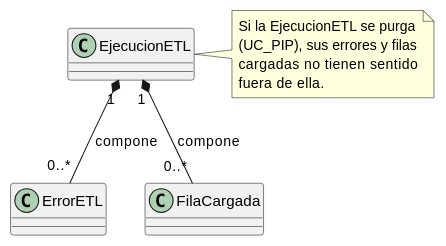
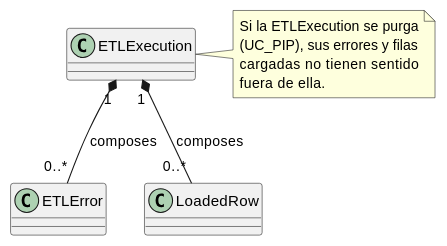
The second of 2 diagrams in source/requisitos/_metodologia-aplicacion/orientacion-objetos/agregacion-vs-composicion-en-iact.rst (jcg-admin/IACT-docs), drawn with PlantUML before and after one commit. The commit also changed other lines of this file and 6 other files, not shown here.

```diff
--- a/source/requisitos/_metodologia-aplicacion/orientacion-objetos/agregacion-vs-composicion-en-iact.rst
+++ b/source/requisitos/_metodologia-aplicacion/orientacion-objetos/agregacion-vs-composicion-en-iact.rst
@@ -25,16 +25,16 @@
 .. uml::
 
    @startuml
 
-   class EjecucionETL
-   class ErrorETL
-   class FilaCargada
-   EjecucionETL "1" *-- "0..*" ErrorETL    : compone
-   EjecucionETL "1" *-- "0..*" FilaCargada : compone
-   note right of EjecucionETL
-     Si la EjecucionETL se purga
+   class ETLExecution
+   class ETLError
+   class LoadedRow
+   ETLExecution "1" *-- "0..*" ETLError    : composes
+   ETLExecution "1" *-- "0..*" LoadedRow : composes
+   note right of ETLExecution
+     Si la ETLExecution se purga
      (UC_PIP), sus errores y filas
      cargadas no tienen sentido
      fuera de ella.
    end note
    @enduml
```
